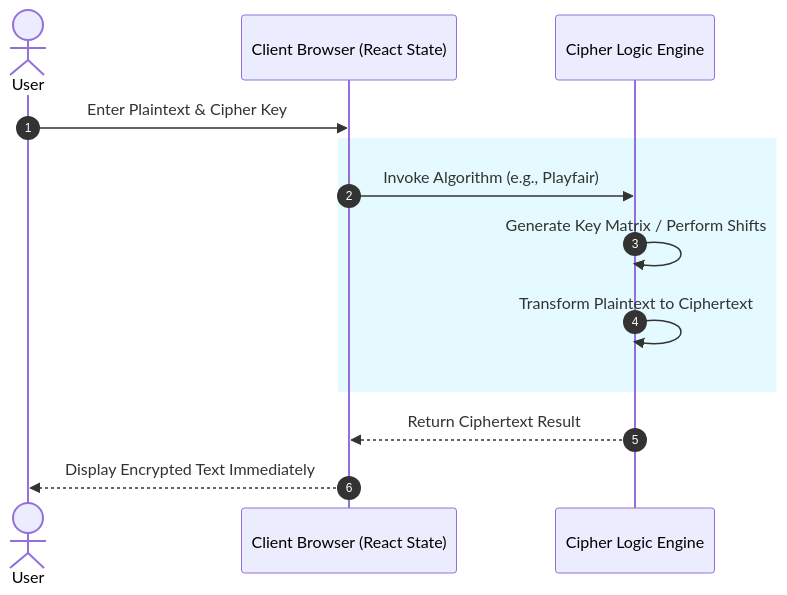
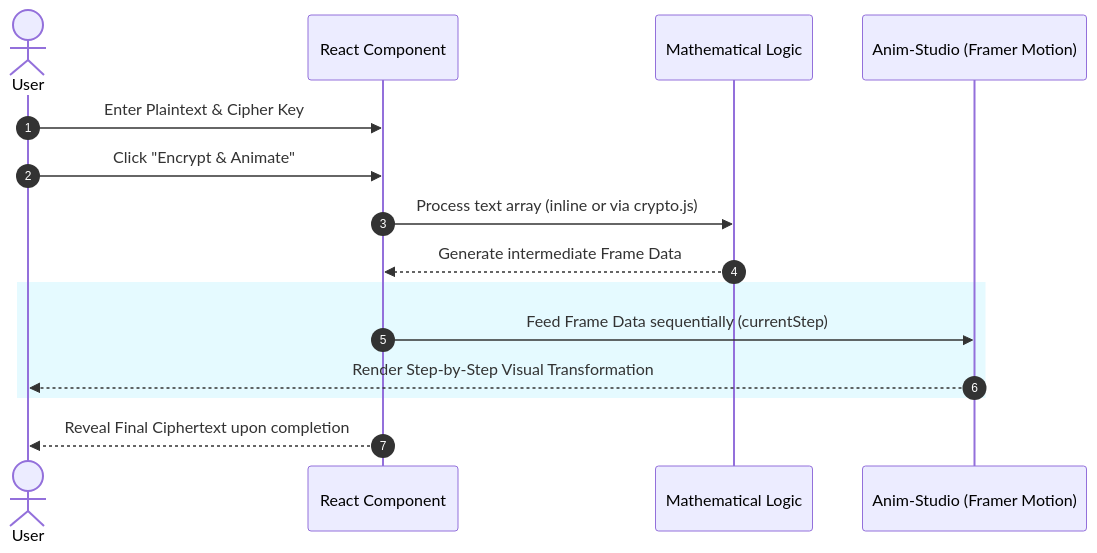
Before and after one commit to kirtanpatel2201/EnigmaClass: the diagram in README.md, drawn with Mermaid. The commit also changed other lines of this file and 6 other files, not shown here.

Commit message:
Refactor: Update AES and DES mathematical engines remove mock logic refine flowcharts

````diff
--- a/README.md
+++ b/README.md
@@ -57,16 +41,18 @@
 ```mermaid
 sequenceDiagram
     autonumber
     actor User
-    participant Browser as Client Browser (React State)
-    participant CryptoEngine as Cipher Logic Engine
+    participant UI as React Component
+    participant Logic as Mathematical Logic
+    participant AnimStudio as Anim-Studio (Framer Motion)
 
-    User->>Browser: Enter Plaintext & Cipher Key
+    User->>UI: Enter Plaintext & Cipher Key
+    User->>UI: Click "Encrypt & Animate"
+    UI->>Logic: Process text array (inline or via crypto.js)
+    Logic-->>UI: Generate intermediate Frame Data
     rect rgba(0, 200, 255, 0.1)
-    Browser->>CryptoEngine: Invoke Algorithm (e.g., Playfair)
-    CryptoEngine->>CryptoEngine: Generate Key Matrix / Perform Shifts
-    CryptoEngine->>CryptoEngine: Transform Plaintext to Ciphertext
+    UI->>AnimStudio: Feed Frame Data sequentially (currentStep)
+    AnimStudio-->>User: Render Step-by-Step Visual Transformation
     end
-    CryptoEngine-->>Browser: Return Ciphertext Result
-    Browser-->>User: Display Encrypted Text Immediately
+    UI-->>User: Reveal Final Ciphertext upon completion
 ```
````
